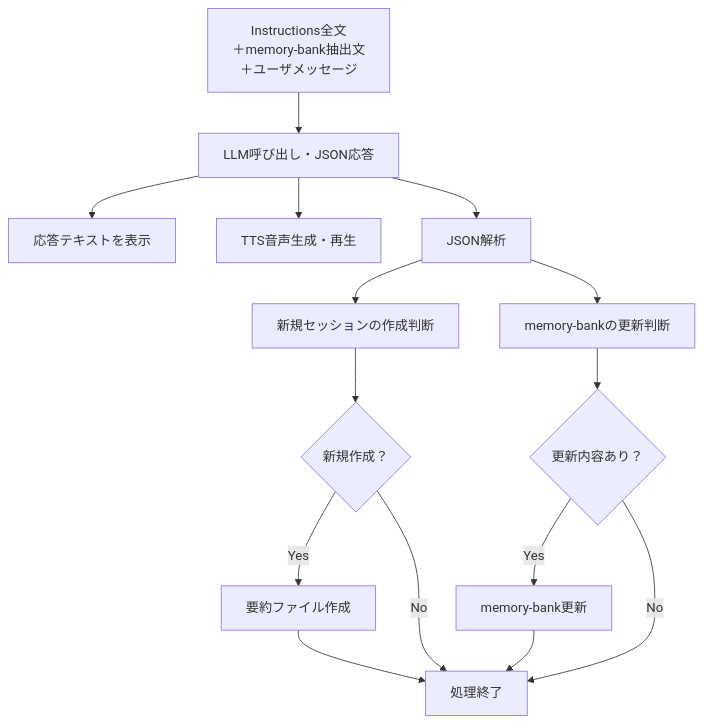
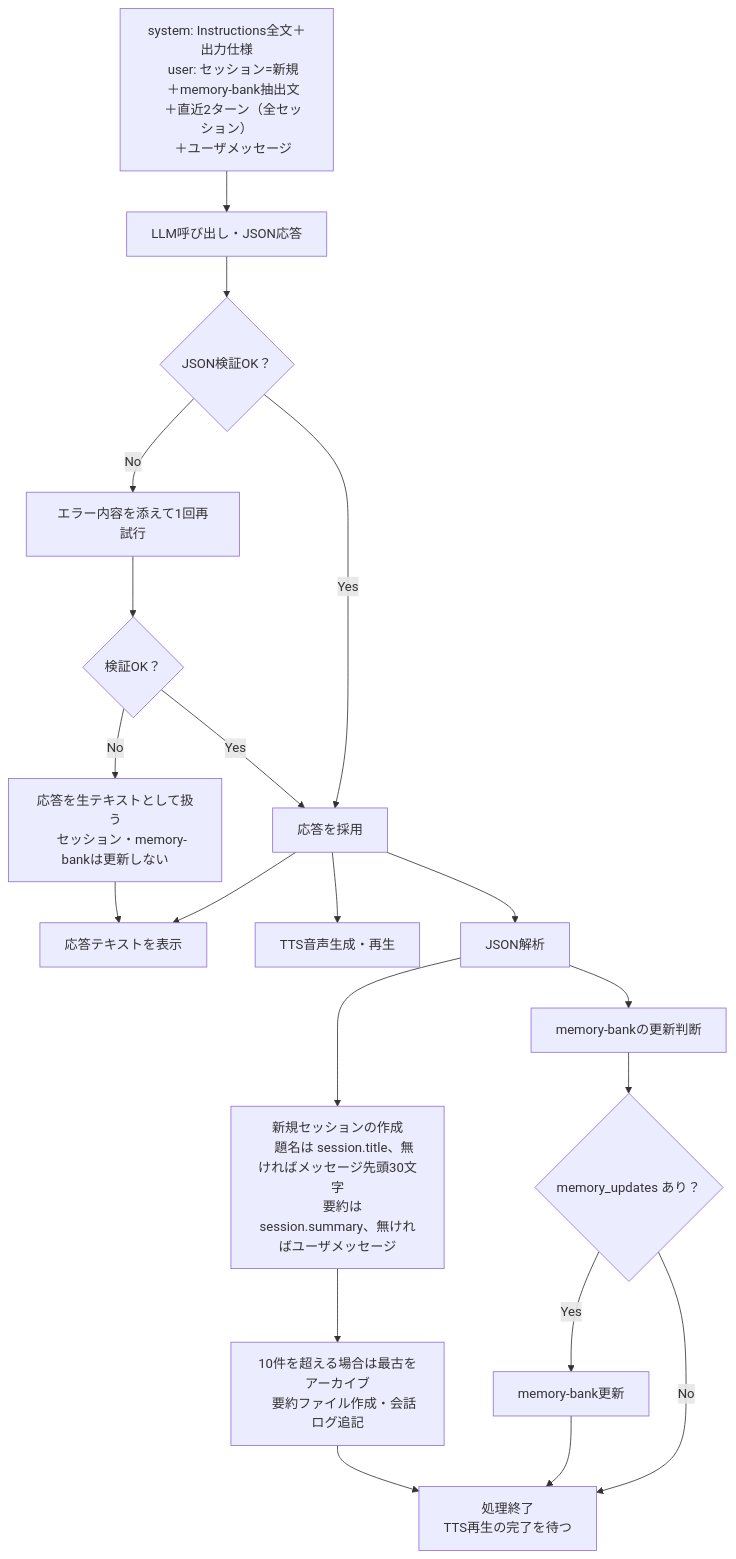
The third of 5 diagrams in flow.md (UmemotoLab/ai-assistant-with-audio), drawn with Mermaid before and after one commit. The commit also changed other lines of this file and 2 other files, not shown here.

Commit message:
feat: Update README and implementation plan to include GEMINI_TTS_MODEL and enhance flow details

````diff
--- a/flow.md
+++ b/flow.md
@@ -23,24 +48,34 @@
 ```mermaid
 flowchart TD
-    A[Instructions全文
+    A[system: Instructions全文＋出力仕様
+    user: セッション=新規
     ＋memory-bank抽出文
+    ＋直近2ターン（全セッション）
     ＋ユーザメッセージ]
     A --> C[LLM呼び出し・JSON応答]
-    C --> D[応答テキストを表示]
-    C --> E[TTS音声生成・再生]
-    C --> F[JSON解析]
+    C --> V{JSON検証OK？}
+    V -- No --> R[エラー内容を添えて1回再試行]
+    R --> V2{検証OK？}
+    V2 -- No --> FB[応答を生テキストとして扱う
+    セッション・memory-bankは更新しない]
+    V -- Yes --> OK[応答を採用]
+    V2 -- Yes --> OK
+    FB --> D
+    OK --> D[応答テキストを表示]
+    OK --> E[TTS音声生成・再生]
+    OK --> F[JSON解析]
 
-    F --> G[新規セッションの作成判断]
+    F --> G[新規セッションの作成
+    題名は session.title、無ければメッセージ先頭30文字
+    要約は session.summary、無ければユーザメッセージ]
     F --> H[memory-bankの更新判断]
 
-    G --> I{新規作成？}
-    H --> J{更新内容あり？}
-
-    I -- Yes --> K[要約ファイル作成]
+    G --> K[10件を超える場合は最古をアーカイブ
+    要約ファイル作成・会話ログ追記]
+    H --> J{memory_updates あり？}
     J -- Yes --> L[memory-bank更新]
-    I -- No --> O
     J -- No --> O
-
-    K --> O[処理終了]
+    K --> O[処理終了
+    TTS再生の完了を待つ]
     L --> O
 ```
````
